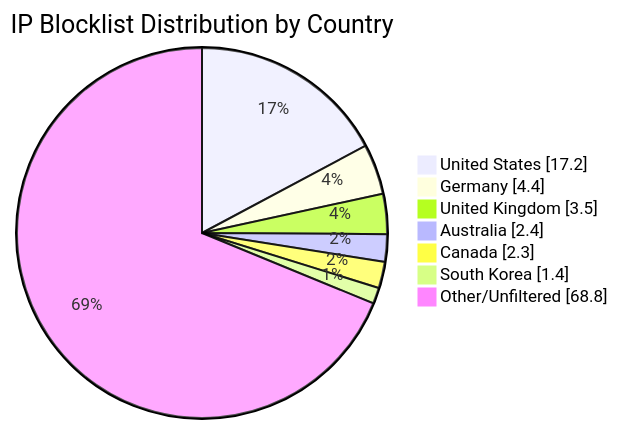
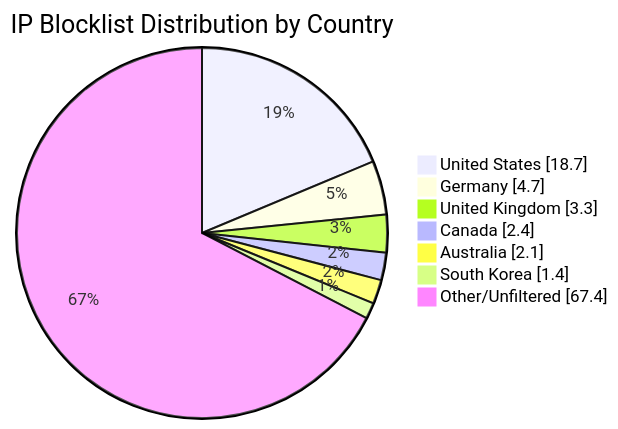
One commit to dewdmadbro/ip-blocklist-dewd changed the diagram in README.md. Above: the diagram before and after it, drawn with Mermaid. The commit also changed other lines of this file and 9 other files, not shown here.

````diff
--- a/README.md
+++ b/README.md
@@ -34,10 +34,10 @@
 ```mermaid
 pie showData title IP Blocklist Distribution by Country
-"United States" : 17.2
-"Germany" : 4.4
-"United Kingdom" : 3.5
-"Australia" : 2.4
-"Canada" : 2.3
+"United States" : 18.7
+"Germany" : 4.7
+"United Kingdom" : 3.3
+"Canada" : 2.4
+"Australia" : 2.1
 "South Korea" : 1.4
-"Other/Unfiltered" : 68.8
+"Other/Unfiltered" : 67.4
 ```
````
